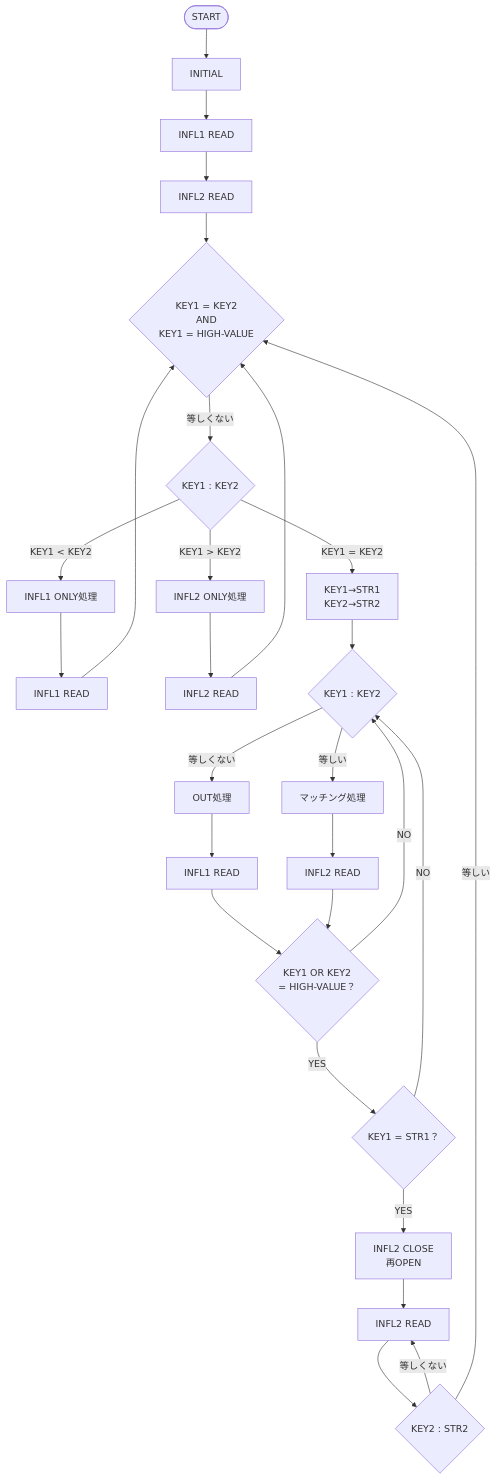
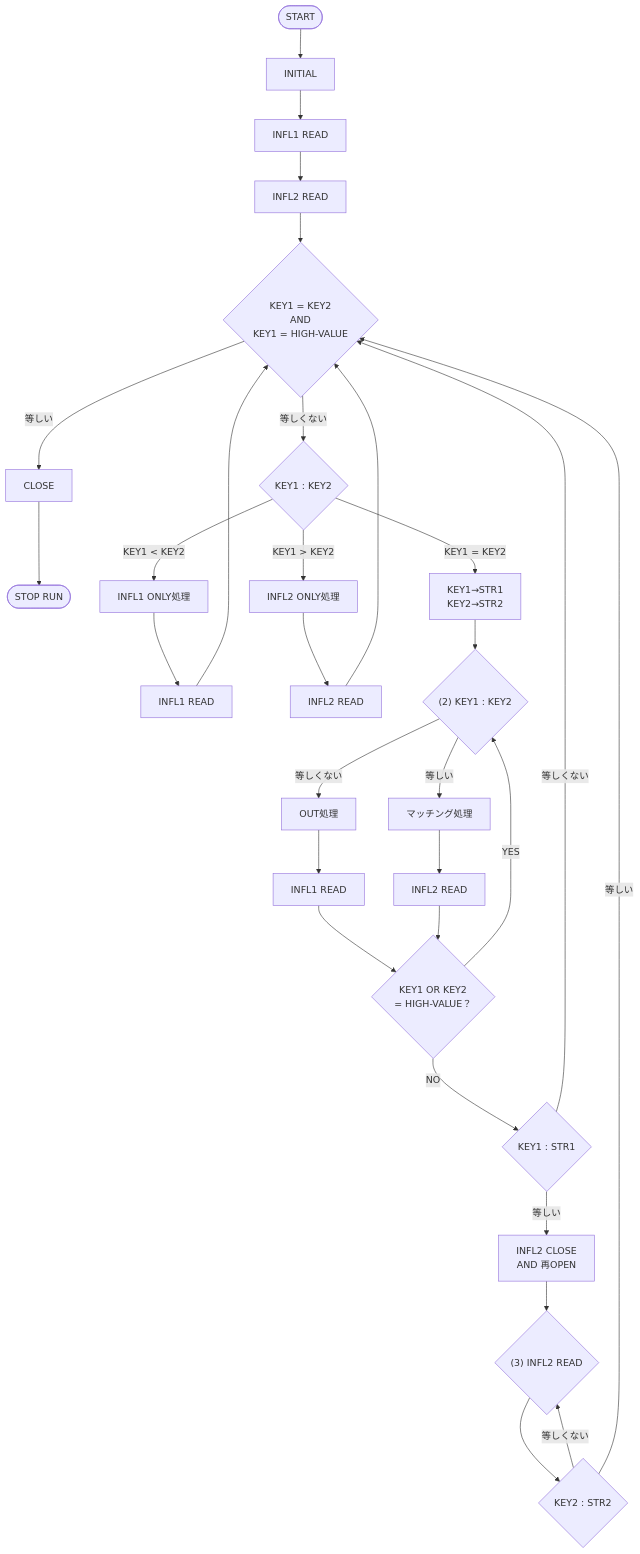
One commit to harunosuke1343-max/COBOL-Textbook changed diagram 12 of 13 in COBOL入門編.md. Above: the diagram before and after it, drawn with Mermaid. The commit also changed other lines of this file, not shown here.

````diff
--- a/COBOL入門編.md
+++ b/COBOL入門編.md
@@ -2003,28 +2150,30 @@
 ```mermaid
 flowchart TD
   START([START]) --> INITIAL[INITIAL]
   INITIAL --> READ1[INFL1 READ]
   READ1 --> READ2[INFL2 READ]
   READ2 --> CHECK1{KEY1 = KEY2<br/>AND<br/>KEY1 = HIGH-VALUE}
+  CHECK1 -->|等しい| CLOSE[CLOSE]
+  CLOSE --> END_([STOP RUN])
   CHECK1 -->|等しくない| COMP1{KEY1 : KEY2}
   COMP1 -->|KEY1 < KEY2| INFL1_ONLY[INFL1 ONLY処理]
   COMP1 -->|KEY1 > KEY2| INFL2_ONLY[INFL2 ONLY処理]
   COMP1 -->|KEY1 = KEY2| STORE[KEY1→STR1<br/>KEY2→STR2]
   INFL1_ONLY --> R1[INFL1 READ] --> CHECK1
   INFL2_ONLY --> R2[INFL2 READ] --> CHECK1
-  STORE --> LOOP2{KEY1 : KEY2}
+  STORE --> LOOP2{"(2) KEY1 : KEY2"}
   LOOP2 -->|等しくない| OUT[OUT処理]
   LOOP2 -->|等しい| MATCH[マッチング処理]
   OUT --> R3[INFL1 READ]
   MATCH --> R4[INFL2 READ]
   R3 --> HV{KEY1 OR KEY2<br/>= HIGH-VALUE？}
   R4 --> HV
-  HV -->|YES| CMP_STR{KEY1 = STR1？}
-  HV -->|NO| LOOP2
-  CMP_STR -->|NO| LOOP2
-  CMP_STR -->|YES| REOPEN[INFL2 CLOSE<br/>再OPEN]
-  REOPEN --> R5[INFL2 READ]
+  HV -->|YES| LOOP2
+  HV -->|NO| CMP_STR{KEY1 : STR1}
+  CMP_STR -->|等しくない| CHECK1
+  CMP_STR -->|等しい| REOPEN[INFL2 CLOSE<br/>AND 再OPEN]
+  REOPEN --> R5{"(3) INFL2 READ"}
   R5 --> CMP_KEY2{KEY2 : STR2}
   CMP_KEY2 -->|等しくない| R5
   CMP_KEY2 -->|等しい| CHECK1
 ```
````
